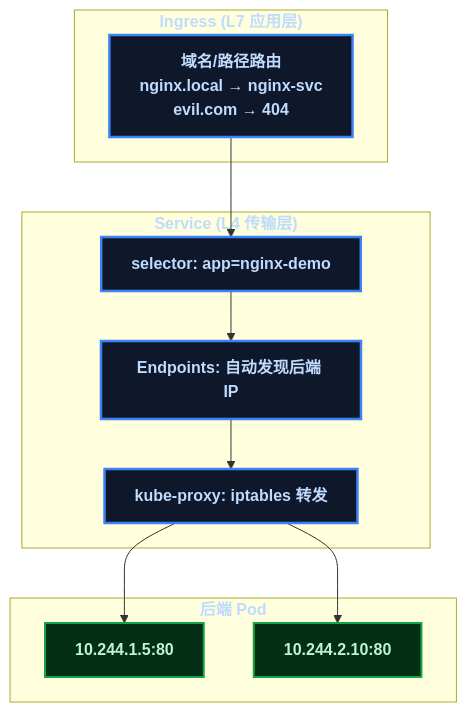
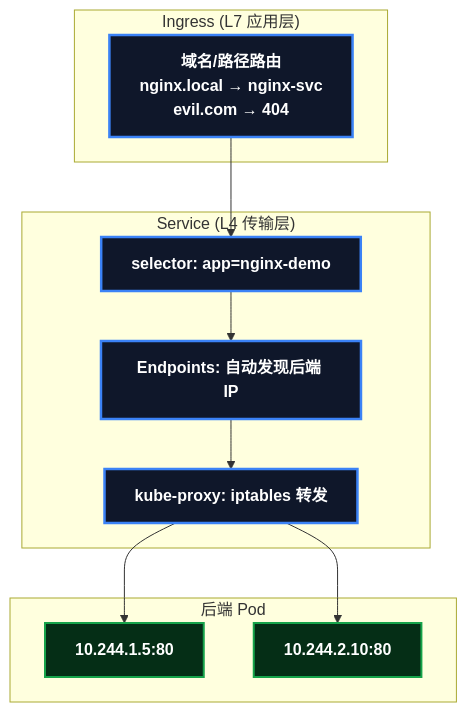
One commit to yaocat55/yaocat55.github.io changed the second of 2 diagrams in content/posts/kubernetes/K8sServiceIngressPractice.md. Above: the diagram before and after it, drawn with Mermaid. The commit also changed other lines of this file and 27 other files, not shown here.

Commit message:
docs: 全系列 93 张 Mermaid 图 classDef 改为 style 强制深底白字(修复部分渲染器白底浅字)+历史文件格式清理

````diff
--- a/content/posts/kubernetes/K8sServiceIngressPractice.md
+++ b/content/posts/kubernetes/K8sServiceIngressPractice.md
@@ -340,22 +342,23 @@
 ```mermaid
 flowchart TD
     subgraph L7["Ingress (L7 应用层)"]
         R1["域名/路径路由\nnginx.local → nginx-svc\nevil.com → 404"]
     end
     subgraph L4["Service (L4 传输层)"]
         S1["selector: app=nginx-demo"]
         S2["Endpoints: 自动发现后端 IP"]
         S3["kube-proxy: iptables 转发"]
     end
     subgraph PODS["后端 Pod"]
         P1["10.244.1.5:80"]
         P2["10.244.2.10:80"]
     end
     R1 --> S1 --> S2 --> S3 --> P1
     S3 --> P2
-    classDef root fill:#0f172a,stroke:#3b82f6,stroke-width:2.5px,color:#bfdbfe,font-weight:bold;
-    classDef process fill:#1e1e24,stroke:#6b7280,stroke-width:2px,color:#e5e7eb;
-    classDef data fill:#052e16,stroke:#16a34a,stroke-width:2px,color:#bbf7d0,font-weight:bold;
-    class R1,S1,S2,S3 root;
-    class P1,P2 data;
+    style R1 fill:#0f172a,stroke:#3b82f6,stroke-width:2.5px,color:#ffffff,font-weight:bold
+    style S1 fill:#0f172a,stroke:#3b82f6,stroke-width:2.5px,color:#ffffff,font-weight:bold
+    style S2 fill:#0f172a,stroke:#3b82f6,stroke-width:2.5px,color:#ffffff,font-weight:bold
+    style S3 fill:#0f172a,stroke:#3b82f6,stroke-width:2.5px,color:#ffffff,font-weight:bold
+    style P1 fill:#052e16,stroke:#16a34a,stroke-width:2px,color:#ffffff,font-weight:bold
+    style P2 fill:#052e16,stroke:#16a34a,stroke-width:2px,color:#ffffff,font-weight:bold
 ```
````
